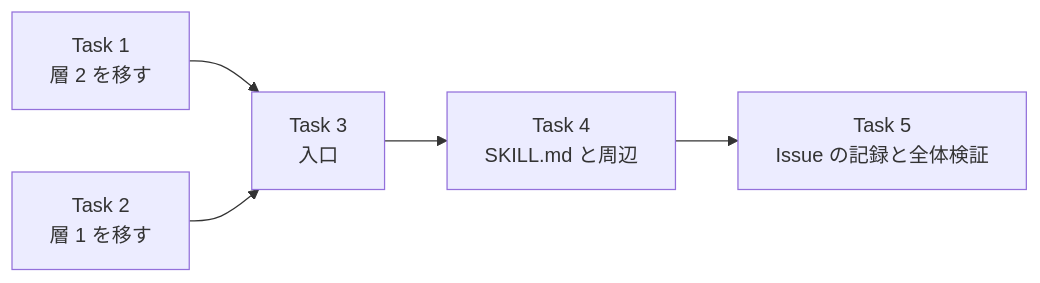
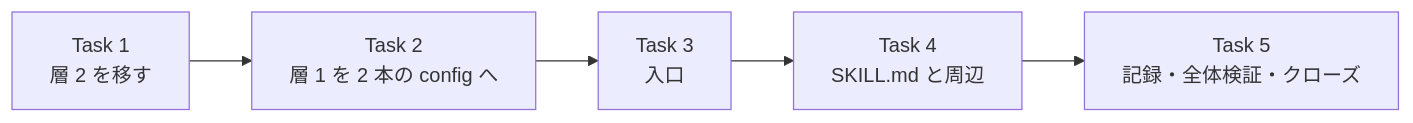
Before and after one commit to hidari/agentic-coding-tools: the diagram in docs/issues/ISSUE-58_PR 本文の漏洩検査を配布物の手順へ組み込む/ISSUE-58-plan.md, drawn with Mermaid. The commit also changed other lines of this file and 1 other file, not shown here.

First line of the commit message:
docs(issues): ISSUE-58 の spec と計画を簡素化の決定に合わせて書き直す

````diff
--- a/docs/issues/ISSUE-58_PR 本文の漏洩検査を配布物の手順へ組み込む/ISSUE-58-plan.md
+++ b/docs/issues/ISSUE-58_PR 本文の漏洩検査を配布物の手順へ組み込む/ISSUE-58-plan.md
@@ -70,7 +99,7 @@
 ```mermaid
 flowchart LR
-    T1["Task 1<br/>層 2 を移す"] --> T3["Task 3<br/>入口"]
-    T2["Task 2<br/>層 1 を移す"] --> T3
+    T1["Task 1<br/>層 2 を移す"] --> T2["Task 2<br/>層 1 を 2 本の config へ"]
+    T2 --> T3["Task 3<br/>入口"]
     T3 --> T4["Task 4<br/>SKILL.md と周辺"]
-    T4 --> T5["Task 5<br/>Issue の記録と全体検証"]
+    T4 --> T5["Task 5<br/>記録・全体検証・クローズ"]
 ```
````
